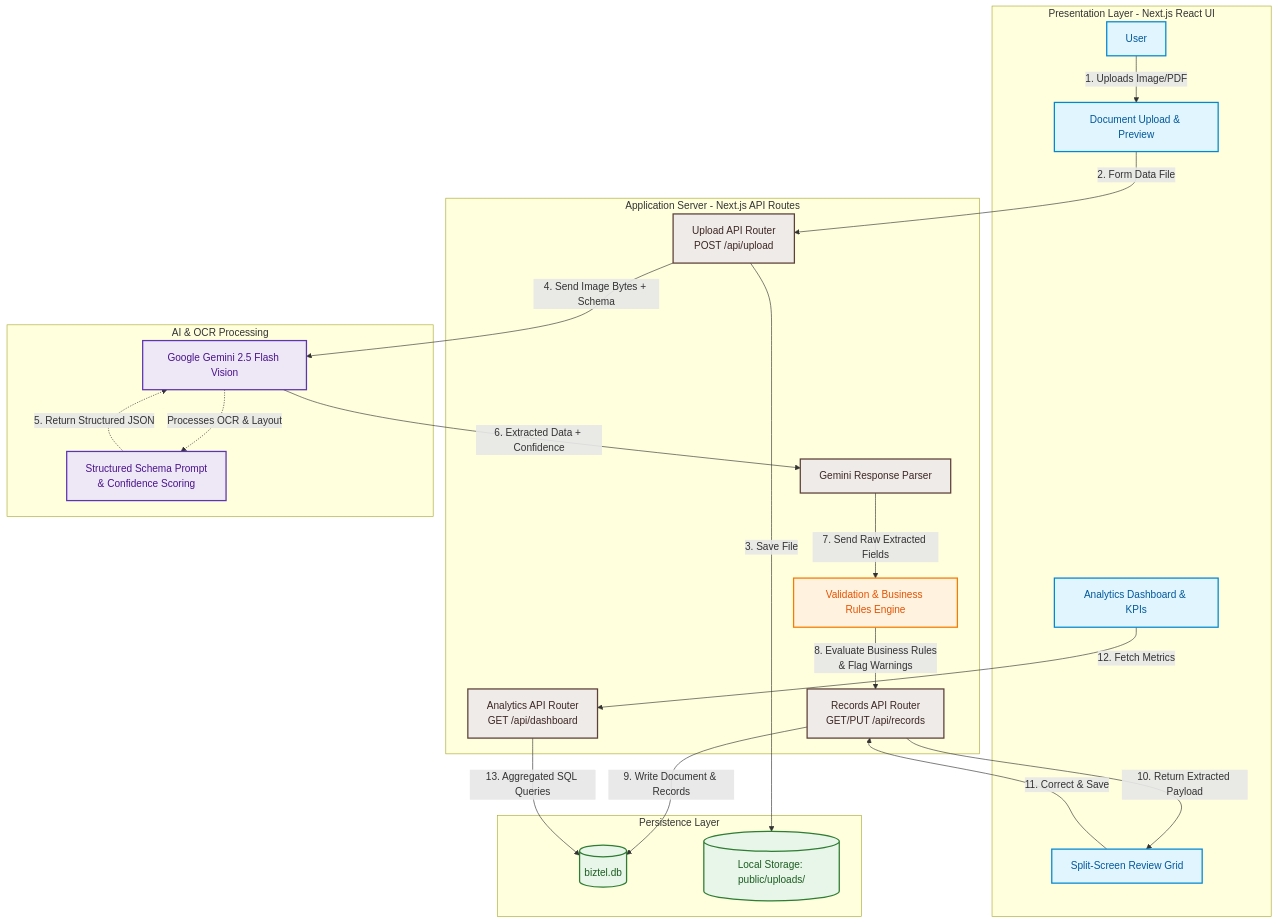
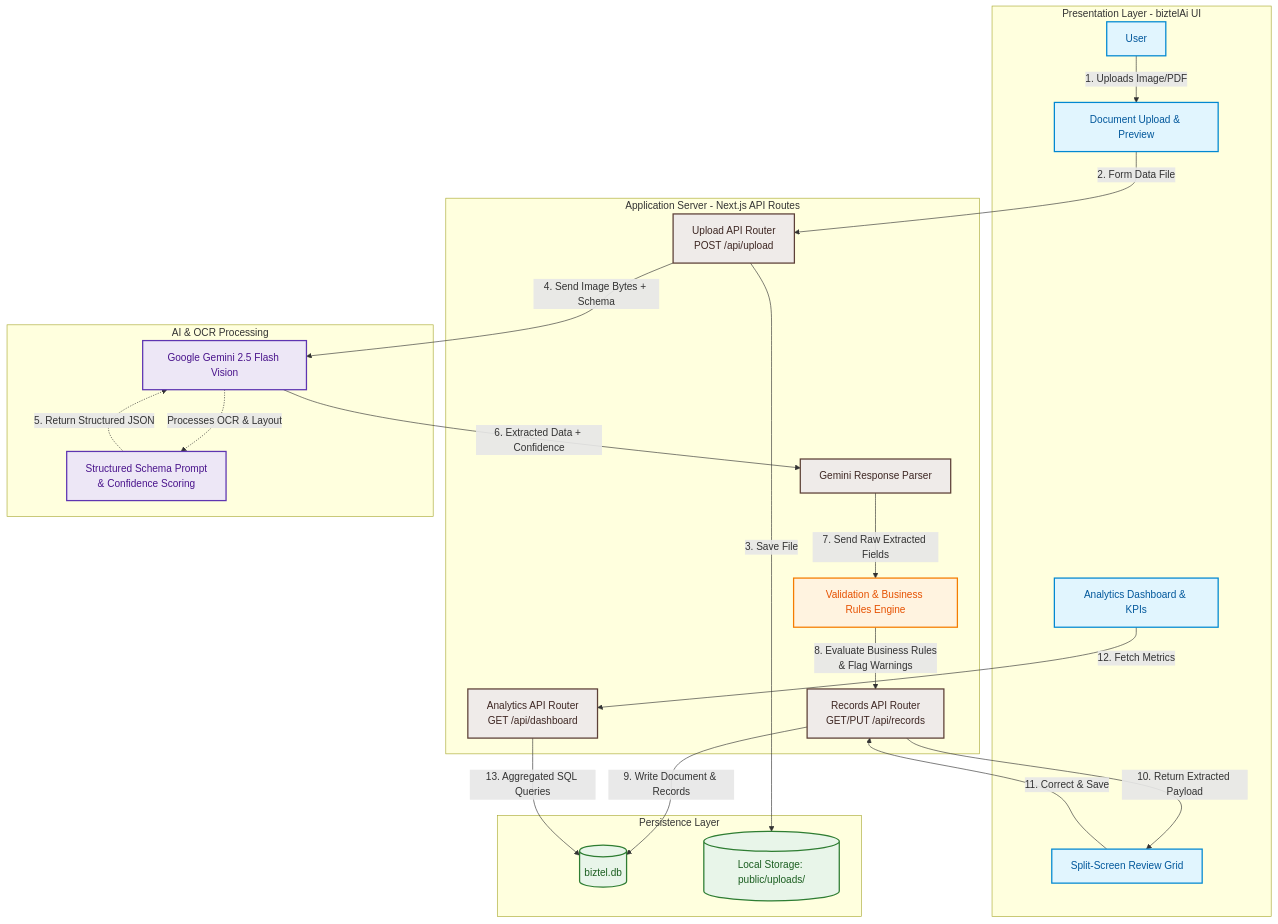
One commit to nanthitha25/biztelai changed the first of 8 diagrams in README.md. Above: the diagram before and after it, drawn with Mermaid.

````diff
--- a/README.md
+++ b/README.md
@@ -45,67 +45,67 @@
 ```mermaid
 graph TB
     %% Styling definitions
     classDef client fill:#e1f5fe,stroke:#0288d1,stroke-width:2px,color:#01579b;
     classDef server fill:#efebe9,stroke:#5d4037,stroke-width:2px,color:#3e2723;
     classDef ai fill:#ede7f6,stroke:#5e35b1,stroke-width:2px,color:#4a148c;
     classDef db fill:#e8f5e9,stroke:#2e7d32,stroke-width:2px,color:#1b5e20;
     classDef val fill:#fff3e0,stroke:#f57c00,stroke-width:2px,color:#e65100;
 
     %% Client / Presentation Layer
-    subgraph Client [Presentation Layer - Next.js React UI]
+    subgraph Client [Presentation Layer - biztelAi  UI]
         User
         UploadView[Document Upload & Preview]
         ReviewGrid[Split-Screen Review Grid]
         DashboardView[Analytics Dashboard & KPIs]
     end
 
     %% Application Server
     subgraph Backend [Application Server - Next.js API Routes]
         UploadAPI[Upload API Router<br>POST /api/upload]
         RecordsAPI[Records API Router<br>GET/PUT /api/records]
         AnalyticsAPI[Analytics API Router<br>GET /api/dashboard]
         
         Parser[Gemini Response Parser]
         ValEngine[Validation & Business Rules Engine]
     end
 
     %% AI / LLM Processing
     subgraph AI [AI & OCR Processing]
         Gemini[Google Gemini 2.5 Flash Vision]
         SysPrompt[Structured Schema Prompt<br>& Confidence Scoring]
     end
 
     %% Data Storage
     subgraph Storage [Persistence Layer]
         SQLite[( biztel.db)]
         UploadsFolder[(Local Storage: public/uploads/)]
     end
 
     %% Connections & Flow
     User -->|1. Uploads Image/PDF| UploadView
     UploadView -->|2. Form Data File| UploadAPI
     UploadAPI -->|3. Save File| UploadsFolder
     UploadAPI -->|4. Send Image Bytes + Schema| Gemini
     Gemini -.->|Processes OCR & Layout| SysPrompt
     SysPrompt -.->|5. Return Structured JSON| Gemini
     Gemini -->|6. Extracted Data + Confidence| Parser
     
     Parser -->|7. Send Raw Extracted Fields| ValEngine
     ValEngine -->|8. Evaluate Business Rules<br>& Flag Warnings| RecordsAPI
     
     RecordsAPI -->|9. Write Document & Records| SQLite
     RecordsAPI -->|10. Return Extracted Payload| ReviewGrid
     
     ReviewGrid -->|11. Correct & Save| RecordsAPI
     
     DashboardView -->|12. Fetch Metrics| AnalyticsAPI
     AnalyticsAPI -->|13. Aggregated SQL Queries| SQLite
 
     %% Apply Classes
     class User,UploadView,ReviewGrid,DashboardView client;
     class UploadAPI,RecordsAPI,AnalyticsAPI,Parser server;
     class Gemini,SysPrompt ai;
     class SQLite,UploadsFolder db;
     class ValEngine val;
 
 ```
````
